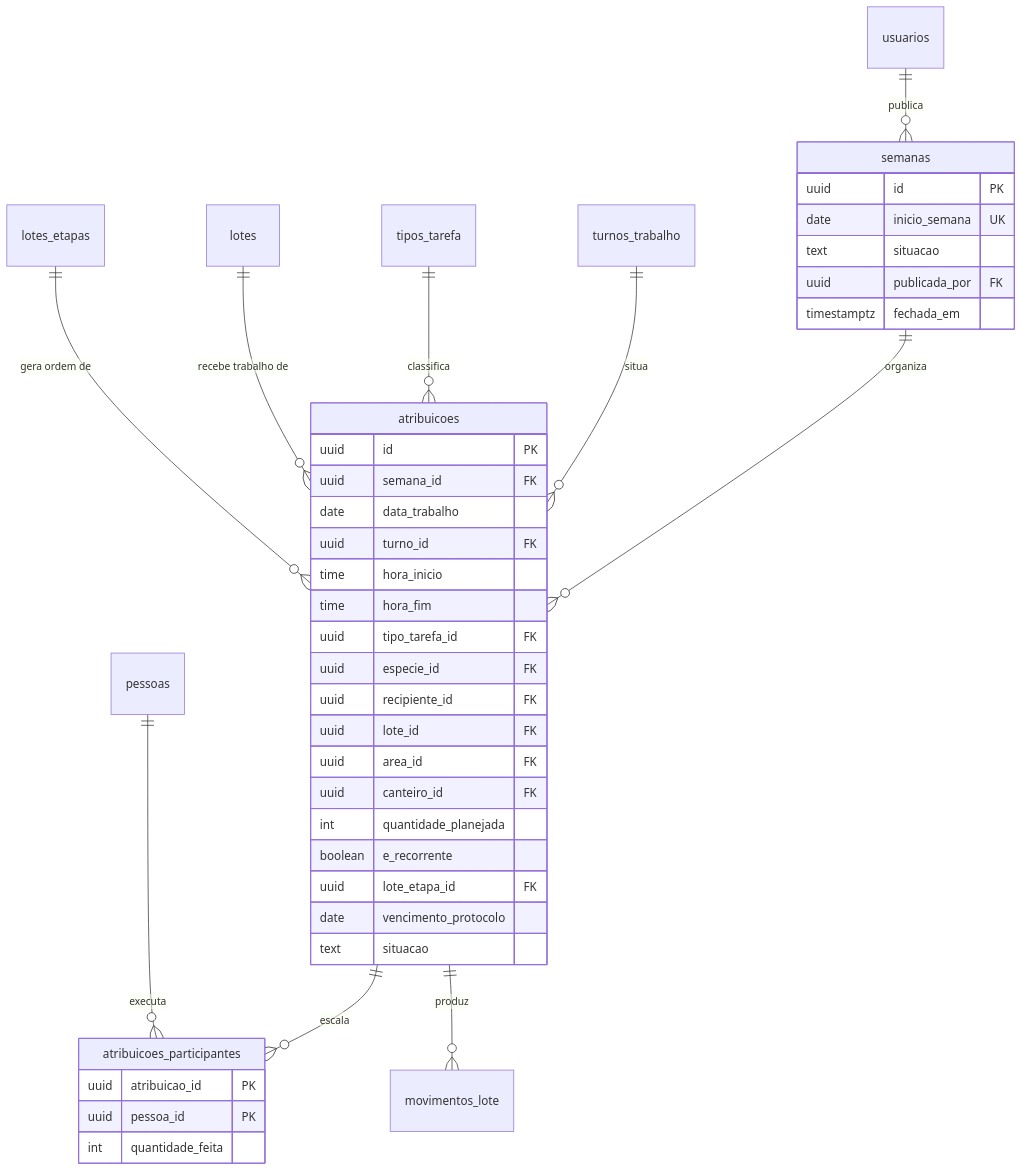
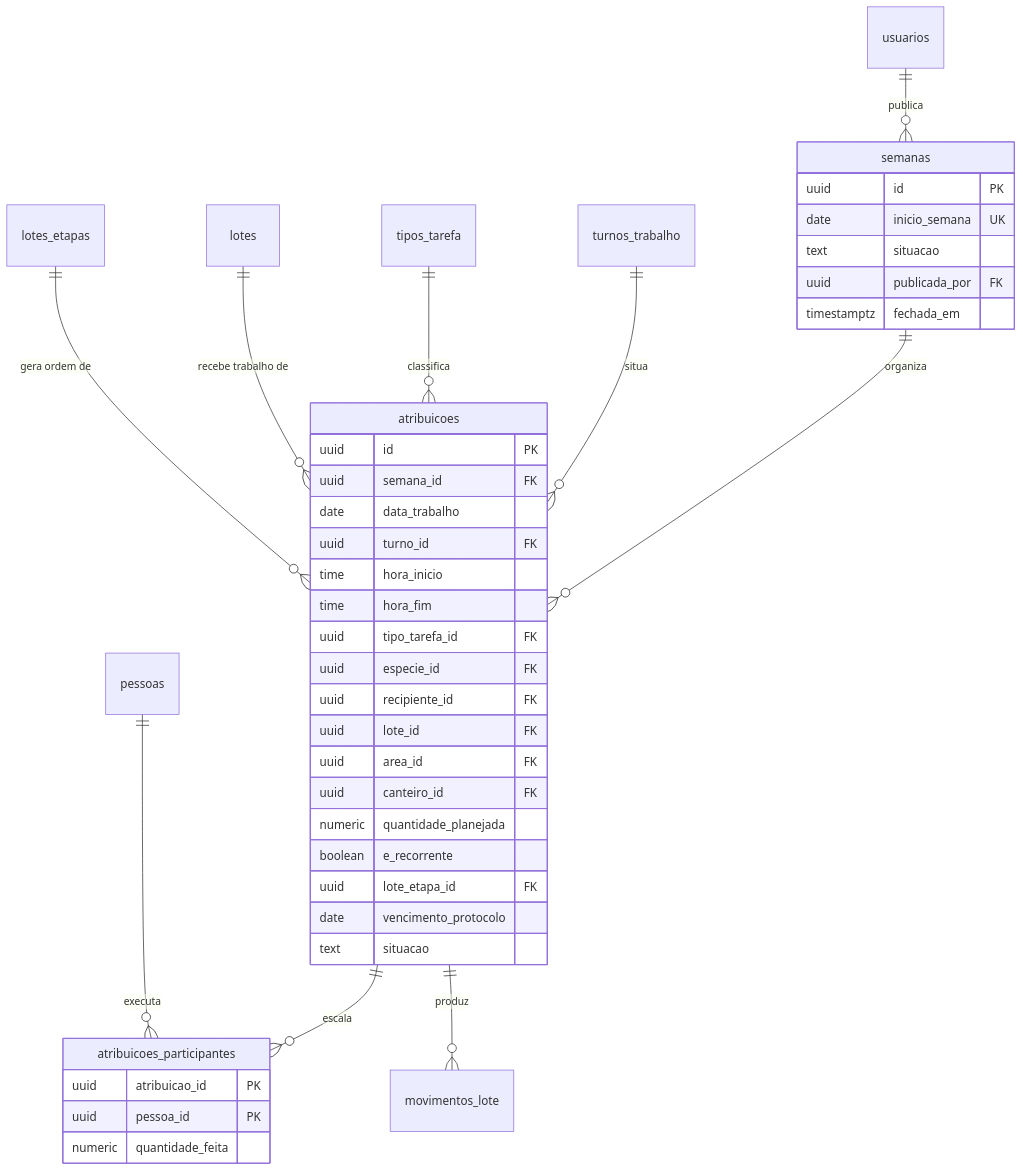
One commit to JoaoMudar/tcc changed the diagram in docs/engenharia/modelo-dados-pt/mmd/fig14-producao-agenda.mmd. Above: the diagram before and after it, drawn with Mermaid. The commit also changed 28 other files, not shown here.

```diff
--- a/docs/engenharia/modelo-dados-pt/mmd/fig14-producao-agenda.mmd
+++ b/docs/engenharia/modelo-dados-pt/mmd/fig14-producao-agenda.mmd
@@ -1,49 +1,49 @@
 erDiagram
   semanas {
     uuid        id PK
     date        inicio_semana UK
     text        situacao
     uuid        publicada_por FK
     timestamptz fechada_em
   }
   atribuicoes {
     uuid    id PK
     uuid    semana_id FK
     date    data_trabalho
     uuid    turno_id FK
     time    hora_inicio
     time    hora_fim
     uuid    tipo_tarefa_id FK
     uuid    especie_id FK
     uuid    recipiente_id FK
     uuid    lote_id FK
     uuid    area_id FK
     uuid    canteiro_id FK
-    int     quantidade_planejada
+    numeric quantidade_planejada
     boolean e_recorrente
     uuid    lote_etapa_id FK
     date    vencimento_protocolo
     text    situacao
   }
   atribuicoes_participantes {
-    uuid atribuicao_id PK
-    uuid pessoa_id PK
-    int  quantidade_feita
+    uuid    atribuicao_id PK
+    uuid    pessoa_id PK
+    numeric quantidade_feita
   }
   turnos_trabalho {}
   tipos_tarefa {}
   pessoas {}
   usuarios {}
   lotes {}
   lotes_etapas {}
   movimentos_lote {}
 
   semanas     ||--o{ atribuicoes : "organiza"
   atribuicoes ||--o{ atribuicoes_participantes : "escala"
   atribuicoes ||--o{ movimentos_lote : "produz"
   turnos_trabalho ||--o{ atribuicoes : "situa"
   tipos_tarefa    ||--o{ atribuicoes : "classifica"
   pessoas         ||--o{ atribuicoes_participantes : "executa"
   lotes           ||--o{ atribuicoes : "recebe trabalho de"
   lotes_etapas    ||--o{ atribuicoes : "gera ordem de"
   usuarios        ||--o{ semanas : "publica"
```
